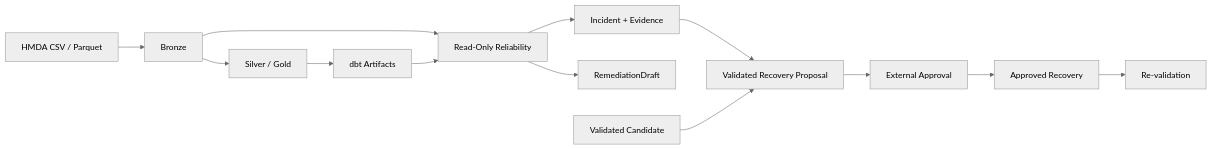
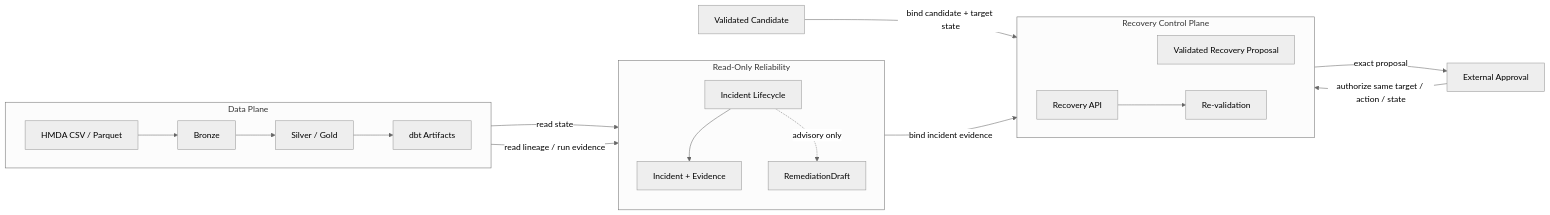
The diagram in docs/ARCHITECTURE.md (mols3131d/hmda-data-reliability), drawn with Mermaid (neutral theme) before and after one commit.

Commit message:
docs: improve architecture Mermaid boundaries

````diff
--- a/docs/ARCHITECTURE.md
+++ b/docs/ARCHITECTURE.md
@@ -7,17 +7,26 @@
 ```mermaid
 flowchart LR
-    files["HMDA CSV / Parquet"] --> raw["Bronze"]
-    raw --> dbt["Silver / Gold"]
-    dbt --> artifacts["dbt Artifacts"]
+    subgraph data_plane["Data Plane"]
+        direction LR
+        files["HMDA CSV / Parquet"] --> bronze["Bronze"] --> analytics["Silver / Gold"] --> artifacts["dbt Artifacts"]
+    end
 
-    raw --> lifecycle["Read-Only Reliability"]
-    artifacts --> lifecycle
-    lifecycle --> incident["Incident + Evidence"]
-    lifecycle --> draft["RemediationDraft"]
+    subgraph analysis_plane["Read-Only Reliability"]
+        direction TB
+        lifecycle["Incident Lifecycle"] --> incident["Incident + Evidence"]
+        lifecycle -.->|advisory only| draft["RemediationDraft"]
+    end
 
-    incident --> proposal["Validated Recovery Proposal"]
-    candidate["Validated Candidate"] --> proposal
-    proposal --> approval["External Approval"]
-    approval --> recovery["Approved Recovery"]
-    recovery --> verify["Re-validation"]
+    subgraph recovery_plane["Recovery Control Plane"]
+        direction LR
+        proposal["Validated Recovery Proposal"]
+        recovery["Recovery API"] --> verify["Re-validation"]
+    end
+
+    bronze -->|read state| lifecycle
+    artifacts -->|read lineage / run evidence| lifecycle
+    incident -->|bind incident evidence| proposal
+    candidate["Validated Candidate"] -->|bind candidate + target state| proposal
+    proposal -->|exact proposal| approval["External Approval"]
+    approval -->|authorize same target / action / state| recovery
 ```
````
